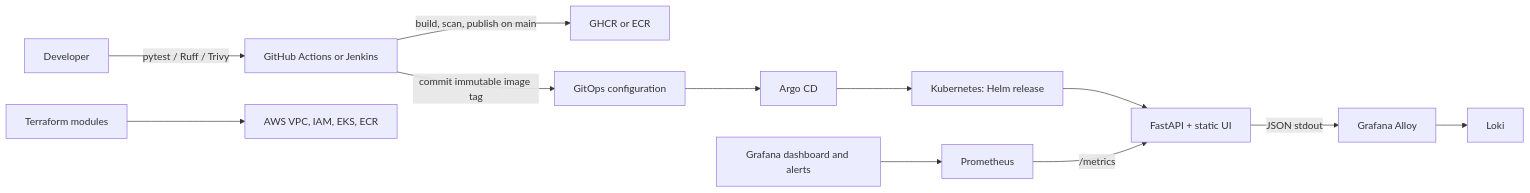
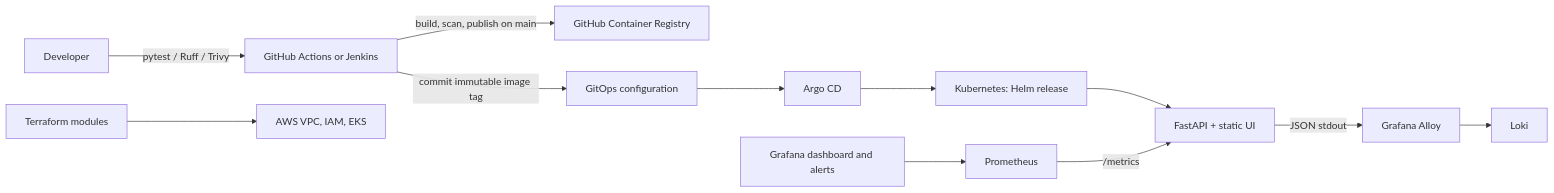
Before and after one commit to SaiKumarBalabadra/devsecops-platform-lab: the diagram in README.md, drawn with Mermaid. The commit also changed other lines of this file and 12 other files, not shown here.

````diff
--- a/README.md
+++ b/README.md
@@ -9,14 +9,14 @@
 ```mermaid
 flowchart LR
   Dev[Developer] -->|pytest / Ruff / Trivy| CI[GitHub Actions or Jenkins]
-  CI -->|build, scan, publish on main| Registry[GHCR or ECR]
+  CI -->|build, scan, publish on main| GHCR[GitHub Container Registry]
   CI -->|commit immutable image tag| Git[GitOps configuration]
   Git --> Argo[Argo CD]
   Argo --> K8s[Kubernetes: Helm release]
   K8s --> App[FastAPI + static UI]
   Prom[Prometheus] -->|/metrics| App
   Grafana[Grafana dashboard and alerts] --> Prom
   App -->|JSON stdout| Alloy[Grafana Alloy]
   Alloy --> Loki[Loki]
-  TF[Terraform modules] --> AWS[AWS VPC, IAM, EKS, ECR]
+  TF[Terraform modules] --> AWS[AWS VPC, IAM, EKS]
 ```
````
